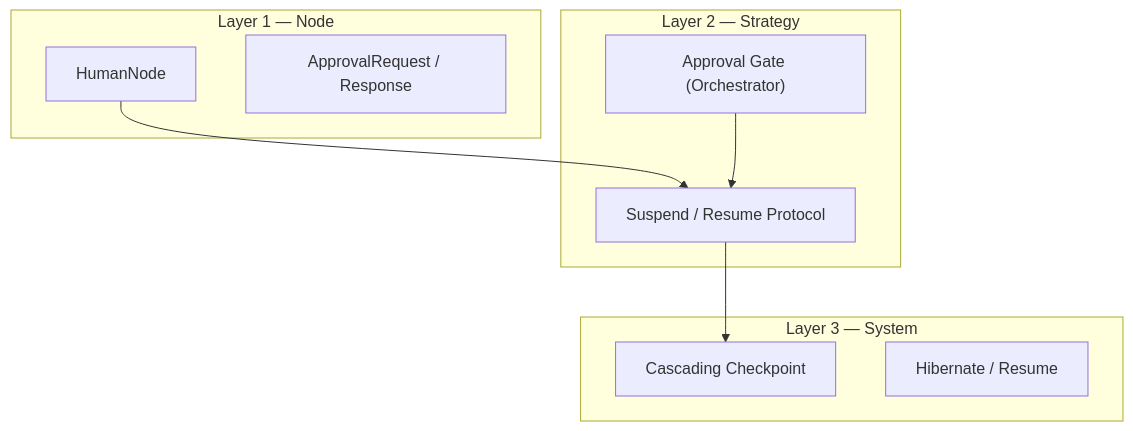
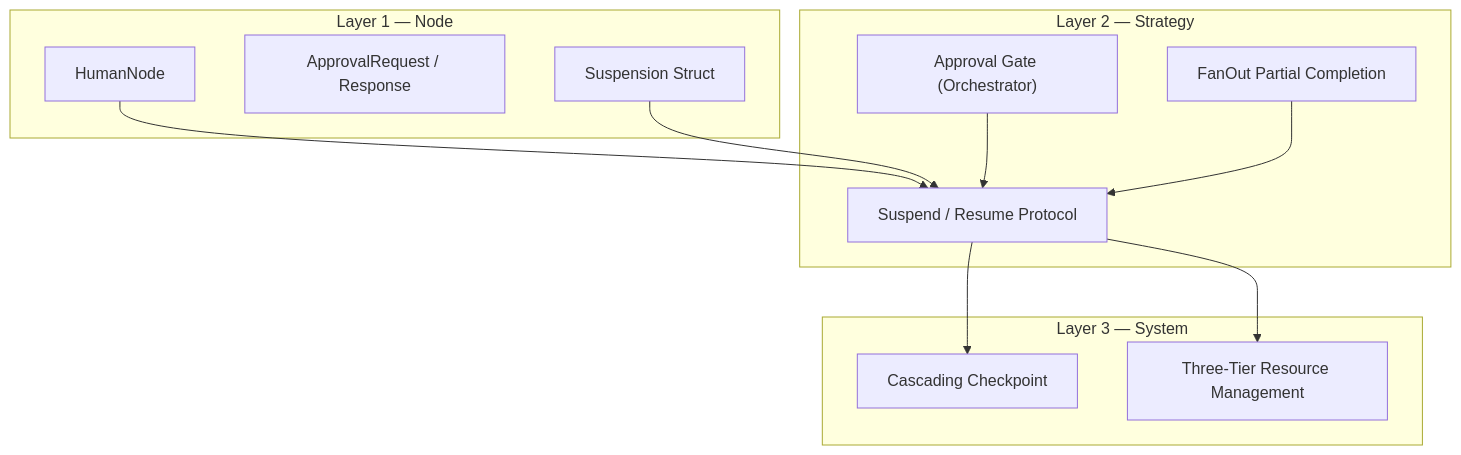
Before and after one commit to lostbean/jido_composer: the diagram in docs/design/hitl/README.md, drawn with Mermaid. The commit also changed other lines of this file and 17 other files, not shown here.

````diff
--- a/docs/design/hitl/README.md
+++ b/docs/design/hitl/README.md
@@ -14,21 +49,26 @@
 ```mermaid
 graph TB
     subgraph "Layer 3 — System"
         CP["Cascading Checkpoint"]
-        HR["Hibernate / Resume"]
+        HR["Three-Tier Resource Management"]
     end
 
     subgraph "Layer 2 — Strategy"
         SS["Suspend / Resume Protocol"]
         AG["Approval Gate (Orchestrator)"]
+        FO["FanOut Partial Completion"]
     end
 
     subgraph "Layer 1 — Node"
         HN["HumanNode"]
         AR["ApprovalRequest / Response"]
+        SUS["Suspension Struct"]
     end
 
     HN --> SS
+    SUS --> SS
     SS --> CP
     AG --> SS
+    FO --> SS
+    SS --> HR
 ```
````
